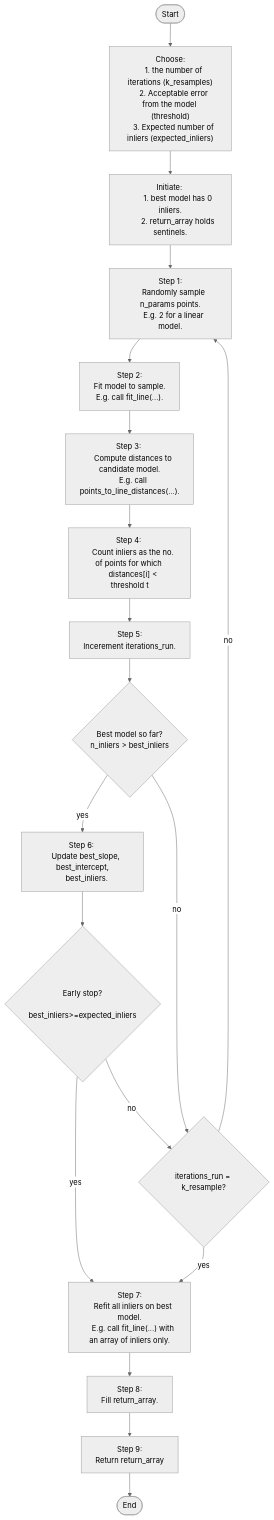
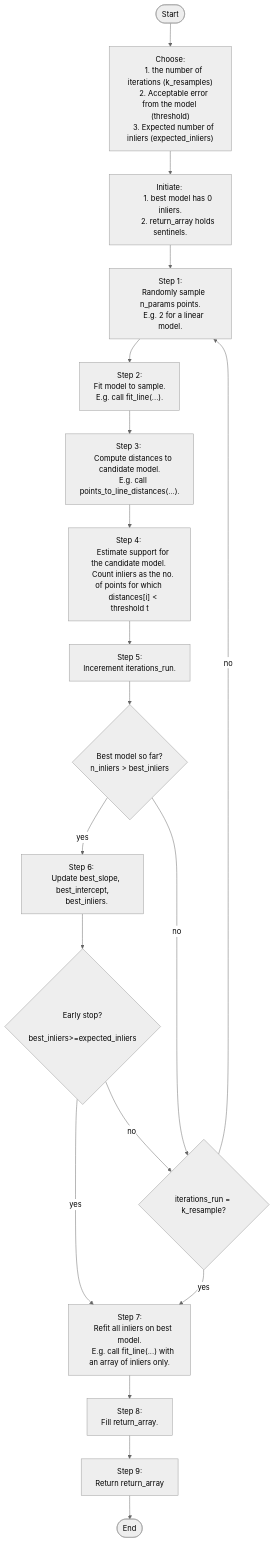
The first of 2 diagrams in README.md (arshsinghphd/RANSAC-analysis), drawn with Mermaid (neutral theme) before and after one commit. The commit also changed other lines of this file, not shown here.

````diff
--- a/README.md
+++ b/README.md
@@ -69,74 +101,75 @@
 ```mermaid
 flowchart TD
     A([Start]) --> B1
 
     B1[" Choose:
     1. the number of iterations (k_resamples)
     2. Acceptable error from the model (threshold)
     3. Expected number of inliers (expected_inliers)"]
     B1 --> B2
 
     B2["Initiate: 
         1. best model has 0 inliers.
         2. return_array holds sentinels."]
     B2 --> B
 
     B["Step 1:
     Randomly sample n_params points.
     E.g. 2 for a linear model."]
     
     B --> C
 
     C["Step 2: 
     Fit model to sample.
     E.g. call fit_line(...)."]
     C --> D
 
     D["Step 3: 
     Compute distances to candidate model.
     E.g. call points_to_line_distances(...)."]
     D --> E
 
     E["Step 4: 
+    Estimate support for the candidate model. 
     Count inliers as the no. of points for which 
     distances[i] < threshold t"]
     E --> F1
 
     F1["Step 5: 
     Incerement iterations_run."]
     F1 --> F
 
     F{"Best model so far?
     n_inliers > best_inliers"}
     F -- yes --> G
     F -- no --> I
 
     G["Step 6: 
     Update best_slope, best_intercept,
     best_inliers."]
     G --> H
 
     H{"Early stop?
     best_inliers>=expected_inliers"}
     H -- yes --> L
     H -- no --> I
 
     I{"iterations_run = k_resample?"}
     I -- no --> B
     I -- yes --> L
     
     L["Step 7:
     Refit all inliers on best model.
     E.g. call fit_line(...) with an array of inliers only."]
     L --> L1
     
     L1["Step 8:
     Fill return_array."]
     L1 --> M
 
     M["Step 9: 
     Return return_array"]
     M --> P
 
     P([End])
 ```
````
